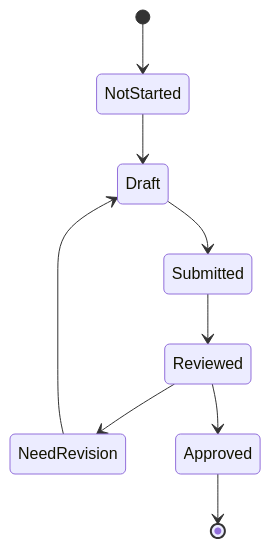
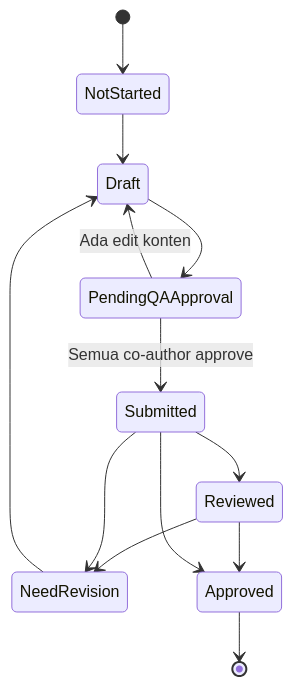
The first of 2 diagrams in qa_member_management_app_prd.md (JoshParinussa/qa-management-app), drawn with Mermaid before and after one commit. The commit also changed other lines of this file and 3 other files, not shown here.

Commit message:
docs: update product docs for current dashboard flow

````diff
--- a/qa_member_management_app_prd.md
+++ b/qa_member_management_app_prd.md
@@ -155,11 +157,15 @@
 ```mermaid
 stateDiagram-v2
     [*] --> NotStarted
     NotStarted --> Draft
-    Draft --> Submitted
+    Draft --> PendingQAApproval
+    PendingQAApproval --> Submitted: Semua co-author approve
+    PendingQAApproval --> Draft: Ada edit konten
     Submitted --> Reviewed
     Reviewed --> NeedRevision
     NeedRevision --> Draft
     Reviewed --> Approved
+    Submitted --> NeedRevision
+    Submitted --> Approved
     Approved --> [*]
 ```
````
